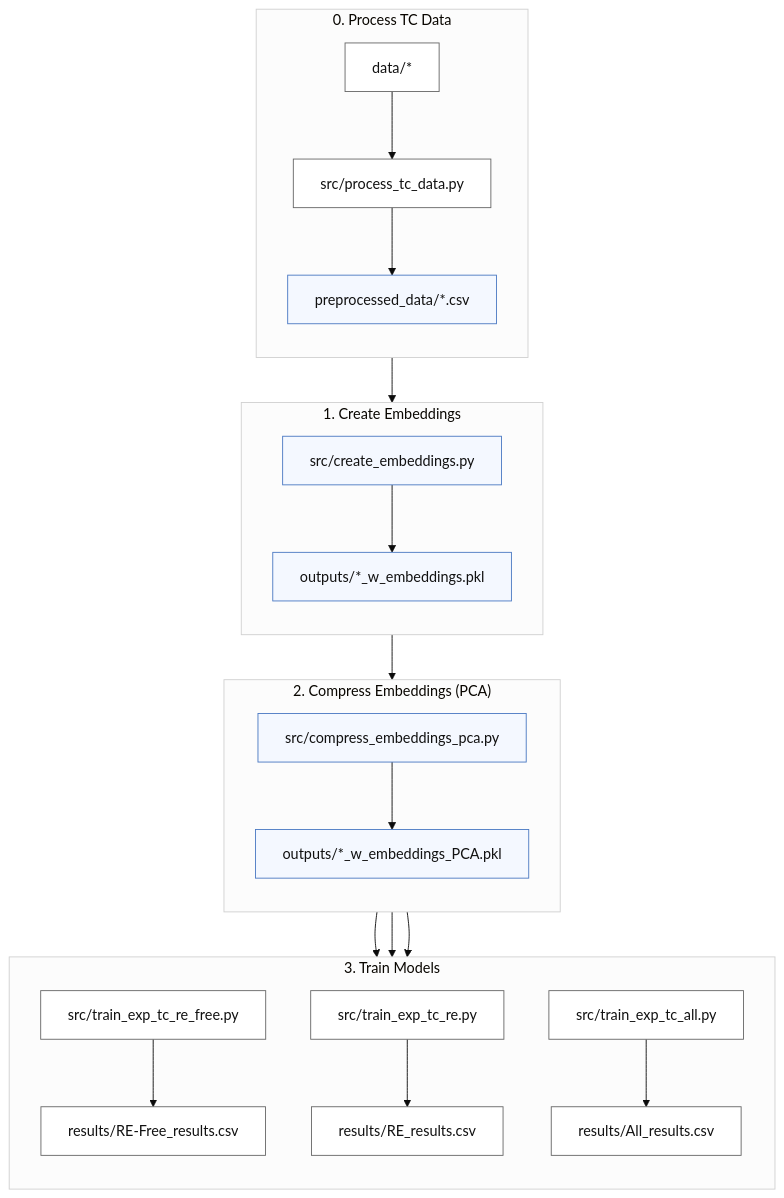
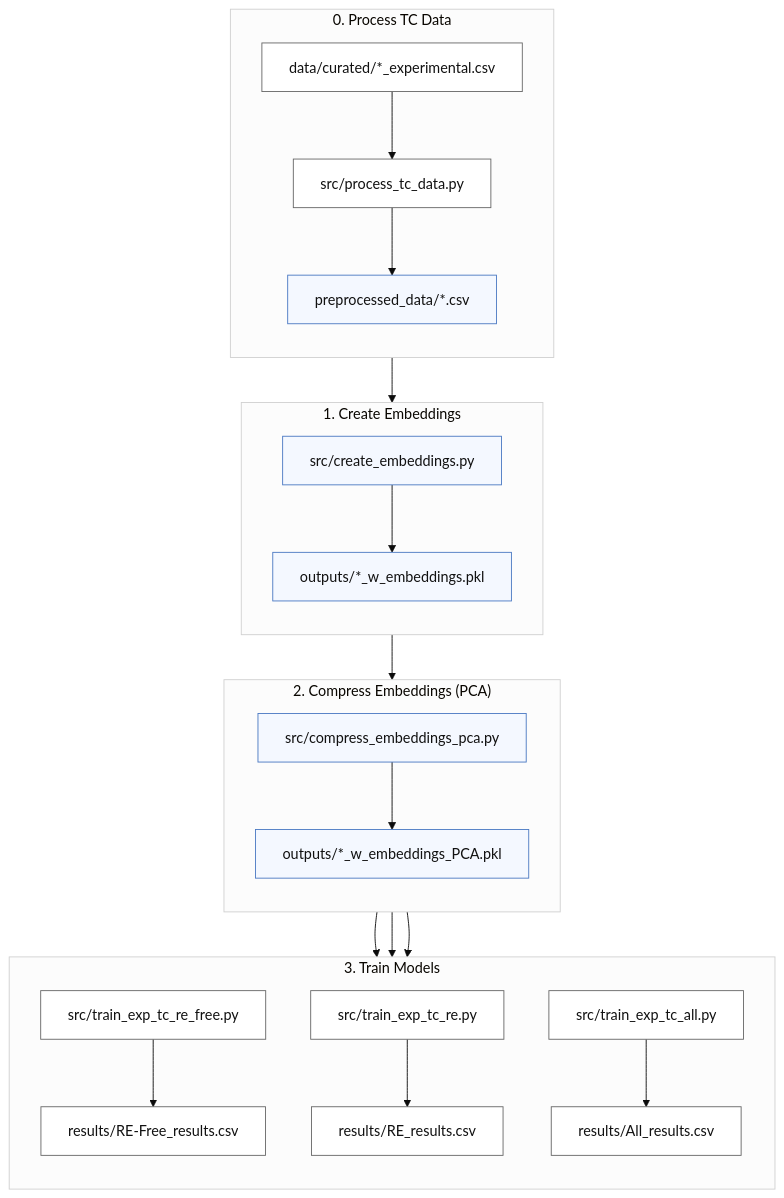
Before and after one commit to MaMMoS-project/ML-models: the diagram in compound-to-tc/compound-to-experimental-tc/README.md, drawn with Mermaid (base theme). The commit also changed other lines of this file and 4 other files, not shown here.

First line of the commit message:
Curated data for RE-free training data

````diff
--- a/compound-to-tc/compound-to-experimental-tc/README.md
+++ b/compound-to-tc/compound-to-experimental-tc/README.md
@@ -9,55 +9,55 @@
 ```mermaid
 graph TD
 
     %% === Cluster 0: Process TC Data ===
     subgraph cluster_0["0. Process TC Data"]
         direction TB
-        A0[data/*] --> B0[src/process_tc_data.py]
+        A0["data/curated/*_experimental.csv"] --> B0[src/process_tc_data.py]
         B0 --> A[preprocessed_data/*.csv]
     end
 
     %% === Cluster 1: Create Embeddings ===
     subgraph cluster_1["1. Create Embeddings"]
         direction TB
         A --> B[src/create_embeddings.py]
         B --> C[outputs/*_w_embeddings.pkl]
     end
 
     %% === Cluster 2: Compress Embeddings (PCA) ===
     subgraph cluster_2["2. Compress Embeddings (PCA)"]
         direction TB
         C --> D[src/compress_embeddings_pca.py]
         D --> E[outputs/*_w_embeddings_PCA.pkl]
     end
 
     %% === Cluster 3: Train Models ===
     subgraph cluster_3["3. Train Models"]
         direction TB
         E --> F1[src/train_exp_tc_re_free.py]
         E --> F2[src/train_exp_tc_re.py]
         E --> F3[src/train_exp_tc_all.py]
 
         F1 --> G1[results/RE-Free_results.csv]
         F2 --> G2[results/RE_results.csv]
         F3 --> G3[results/All_results.csv]
     end
 
     %% === Subtle styling ===
 
     %% Default nodes: clean white with soft border
     classDef node fill:#ffffff,stroke:#666,stroke-width:1px,color:#111;
 
     %% Only highlight pipeline flow (very soft blue)
     classDef flow fill:#f4f8ff,stroke:#4a78c2,stroke-width:1px,color:#111;
 
     %% Apply styles
     class A0,A,B0,C,D,E,F1,F2,F3,G1,G2,G3 node;
 
     class A,B,C,D,E flow;
 
     %% Light neutral cluster boxes
     style cluster_0 fill:#fcfcfc,stroke:#d0d0d0,stroke-width:1px
     style cluster_1 fill:#fcfcfc,stroke:#d0d0d0,stroke-width:1px
     style cluster_2 fill:#fcfcfc,stroke:#d0d0d0,stroke-width:1px
     style cluster_3 fill:#fcfcfc,stroke:#d0d0d0,stroke-width:1px
 ```
````
